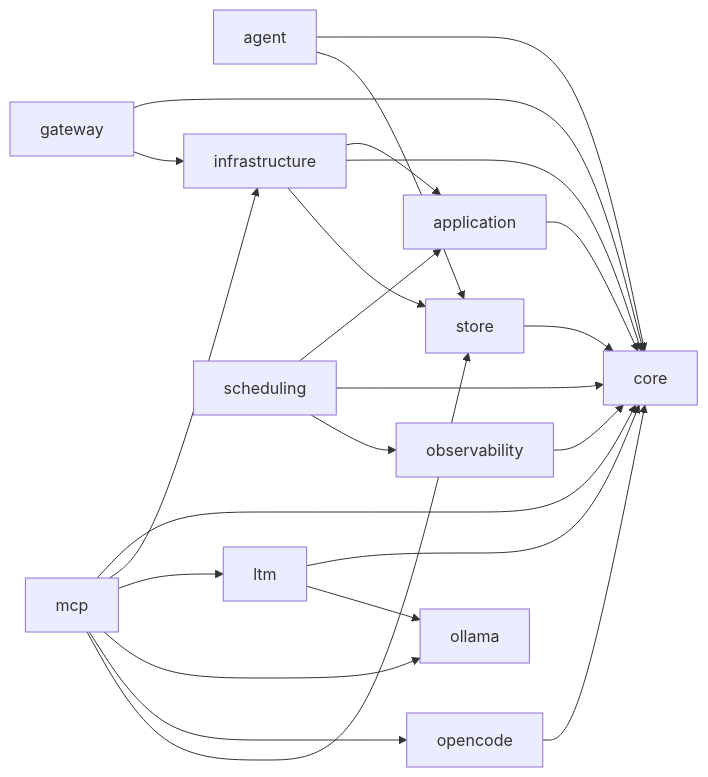
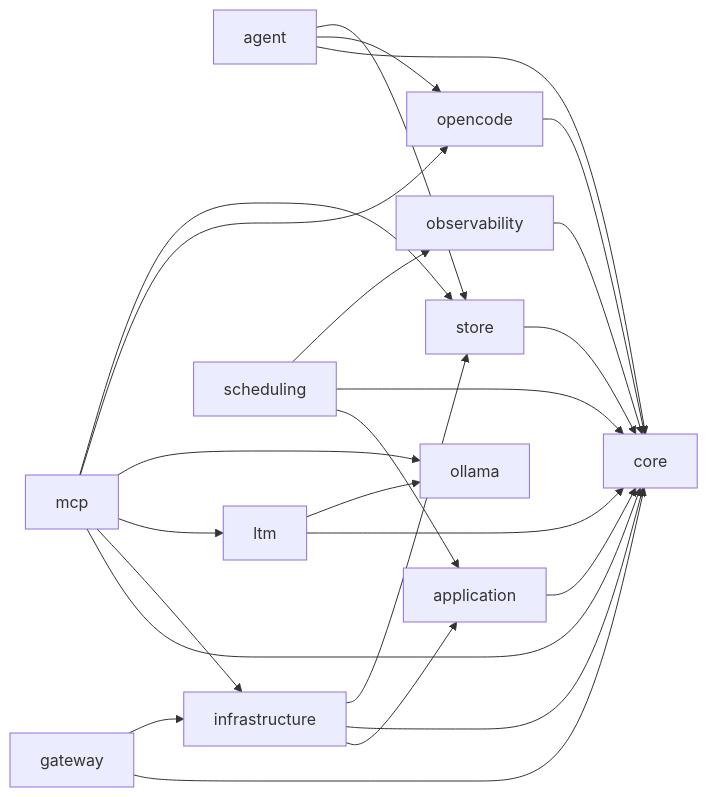
One commit to OJII3/vicissitude changed the diagram in docs/DEPS.md. Above: the diagram before and after it, drawn with Mermaid. The commit also changed other lines of this file and 20 other files, not shown here.

````diff
--- a/docs/DEPS.md
+++ b/docs/DEPS.md
@@ -7,27 +7,28 @@
 ```mermaid
 graph LR
   agent --> core
+  agent --> opencode
   agent --> store
   application --> core
   core
   gateway --> core
   gateway --> infrastructure
   infrastructure --> application
   infrastructure --> core
   infrastructure --> store
   ltm --> core
   ltm --> ollama
   mcp --> core
   mcp --> infrastructure
   mcp --> ltm
   mcp --> ollama
   mcp --> opencode
   mcp --> store
   observability --> core
   ollama
   opencode --> core
   scheduling --> application
   scheduling --> core
   scheduling --> observability
   store --> core
 ```
````
